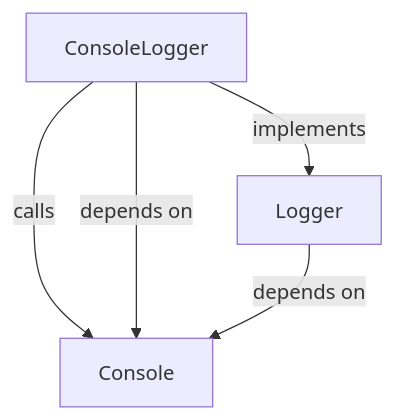
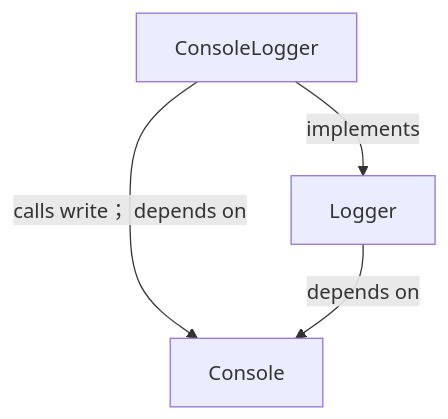
Before and after one commit to GreenPandaStudios/augscript: the first of 2 diagrams in docs/examples/interceptors/logging-diagrams.md, drawn with Mermaid. The commit also changed other lines of this file and 304 other files, not shown here.

Commit message:
Make generated data-flow sequences concise and review every diagram

````diff
--- a/docs/examples/interceptors/logging-diagrams.md
+++ b/docs/examples/interceptors/logging-diagrams.md
@@ -19,10 +19,9 @@
 ```mermaid
 flowchart TD
     n0["Console"]
     n1["ConsoleLogger"]
     n2["Logger"]
-    n1 -->|"calls"| n0
-    n1 -->|"depends on"| n0
+    n1 -->|"calls write； depends on"| n0
     n1 -->|"implements"| n2
     n2 -->|"depends on"| n0
 ```
````
